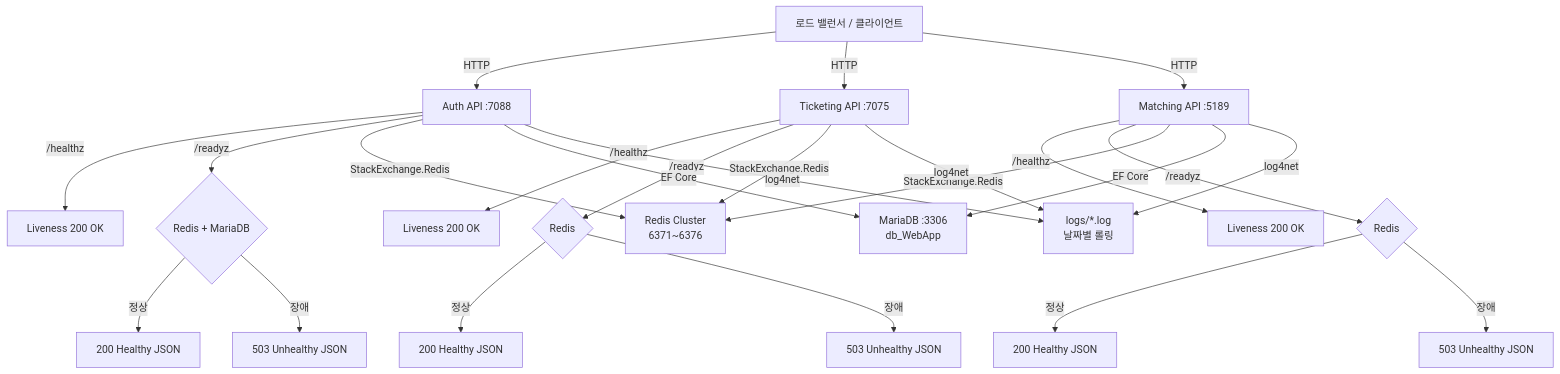
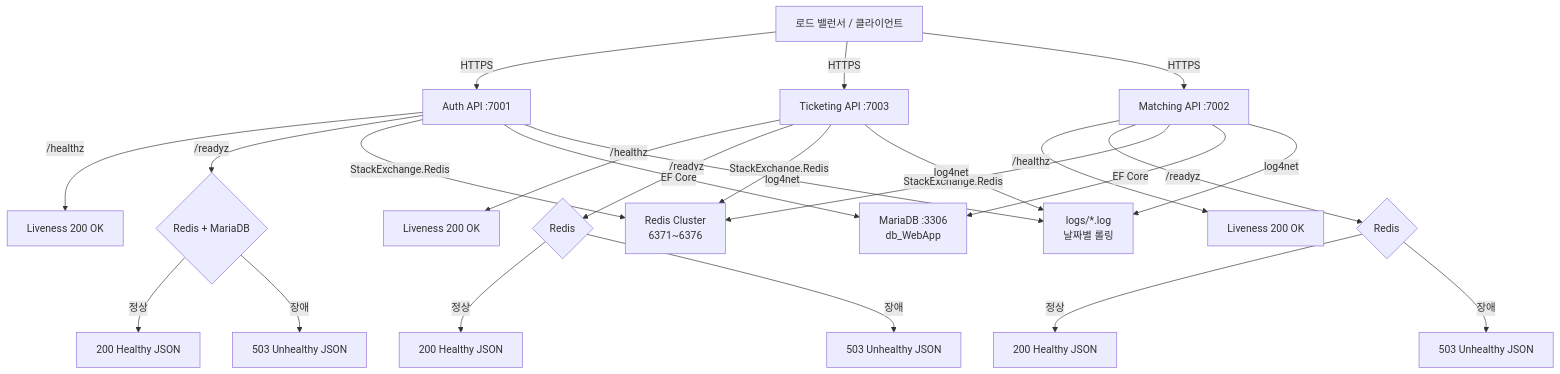
One commit to rumdice/platformA changed the diagram in Docs/operations/monitoring.md. Above: the diagram before and after it, drawn with Mermaid. The commit also changed other lines of this file and 8 other files, not shown here.

````diff
--- a/Docs/operations/monitoring.md
+++ b/Docs/operations/monitoring.md
@@ -217,26 +217,26 @@
 ```mermaid
 flowchart TD
-    LB[로드 밸런서 / 클라이언트] -->|HTTP| Auth[Auth API :7088]
-    LB -->|HTTP| Ticketing[Ticketing API :7075]
-    LB -->|HTTP| Matching[Matching API :5189]
+    LB[로드 밸런서 / 클라이언트] -->|HTTPS| Auth[Auth API :7001]
+    LB -->|HTTPS| Ticketing[Ticketing API :7003]
+    LB -->|HTTPS| Matching[Matching API :7002]
 
     Auth -->|/healthz| Liveness_A[Liveness 200 OK]
     Auth -->|/readyz| Readiness_A{Redis + MariaDB}
     Readiness_A -->|정상| Healthy_A[200 Healthy JSON]
     Readiness_A -->|장애| Unhealthy_A[503 Unhealthy JSON]
 
     Ticketing -->|/healthz| Liveness_T[Liveness 200 OK]
     Ticketing -->|/readyz| Readiness_T{Redis}
     Readiness_T -->|정상| Healthy_T[200 Healthy JSON]
     Readiness_T -->|장애| Unhealthy_T[503 Unhealthy JSON]
 
     Matching -->|/healthz| Liveness_M[Liveness 200 OK]
     Matching -->|/readyz| Readiness_M{Redis}
     Readiness_M -->|정상| Healthy_M[200 Healthy JSON]
     Readiness_M -->|장애| Unhealthy_M[503 Unhealthy JSON]
 
     Auth & Ticketing & Matching -->|StackExchange.Redis| Redis[Redis Cluster\n6371~6376]
     Auth & Matching -->|EF Core| MariaDB[MariaDB :3306\ndb_WebApp]
 
     Auth & Ticketing & Matching -->|log4net| Logs[logs/*.log\n날짜별 롤링]
 ```
````
